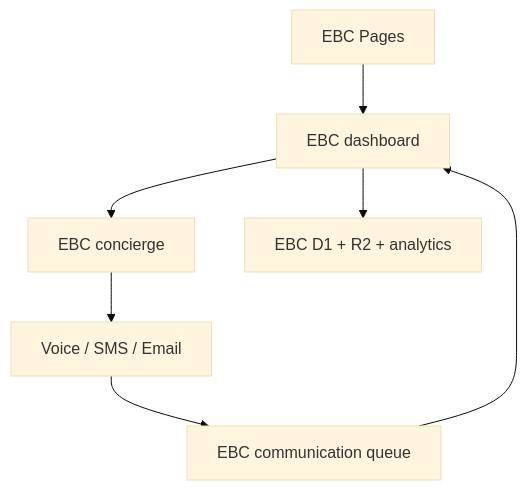
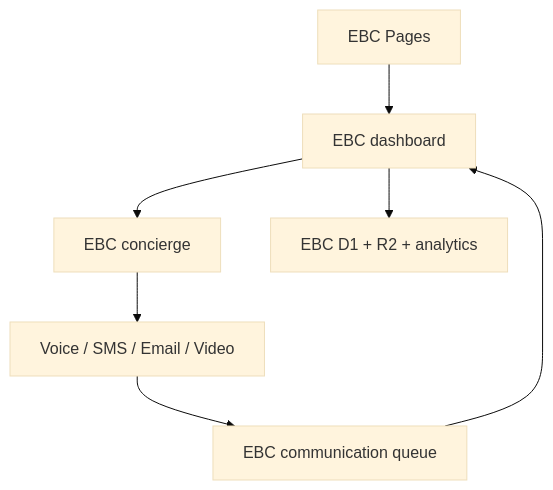
One commit to blackholecapital/EBC changed the diagram in docs/cloudflare/EBC-TENANT-DEPLOYMENT.md. Above: the diagram before and after it, drawn with Mermaid (base theme). The commit also changed other lines of this file and 32 other files, not shown here.

````diff
--- a/docs/cloudflare/EBC-TENANT-DEPLOYMENT.md
+++ b/docs/cloudflare/EBC-TENANT-DEPLOYMENT.md
@@ -31,9 +42,9 @@
 ```mermaid
 flowchart TD
   P["EBC Pages"] --> D["EBC dashboard"]
   D --> C["EBC concierge"]
-  C --> V["Voice / SMS / Email"]
+  C --> V["Voice / SMS / Email / Video"]
   V --> Q["EBC communication queue"]
   Q --> D
   D --> S["EBC D1 + R2 + analytics"]
 ```
````
